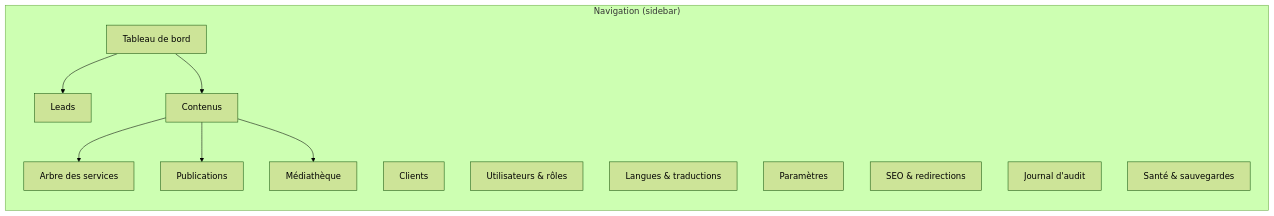
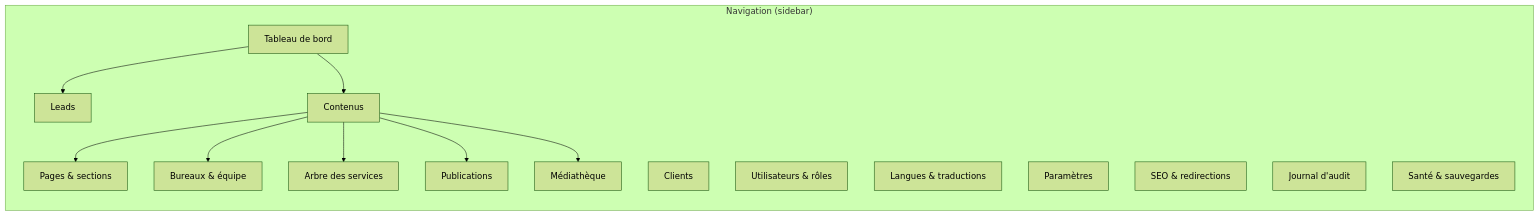
Before and after one commit to DonArhouna/Exauce: the diagram in Analyse/modelisation/docs/10-back-office.md, drawn with Mermaid (forest theme). The commit also changed other lines of this file and 2 other files, not shown here.

Commit message:
docs(analyse): schema cible (pages/sections, bureaux, equipe, SEO par langue), redirections uniques et ecrans back-office

````diff
--- a/Analyse/modelisation/docs/10-back-office.md
+++ b/Analyse/modelisation/docs/10-back-office.md
@@ -49,23 +52,27 @@
 ```mermaid
 flowchart LR
   subgraph NAV["Navigation (sidebar)"]
     D[Tableau de bord]
     C[Contenus]
+    PG[Pages & sections]
+    O[Bureaux & équipe]
     T[Arbre des services]
     P[Publications]
     M[Médiathèque]
     L[Leads]
     CL[Clients]
     U[Utilisateurs & rôles]
     LANG[Langues & traductions]
     S[Paramètres]
     SEO[SEO & redirections]
     A[Journal d'audit]
     SYS[Santé & sauvegardes]
   end
   D --> L
   D --> C
+  C --> PG
+  C --> O
   C --> T
   C --> P
   C --> M
 ```
````
